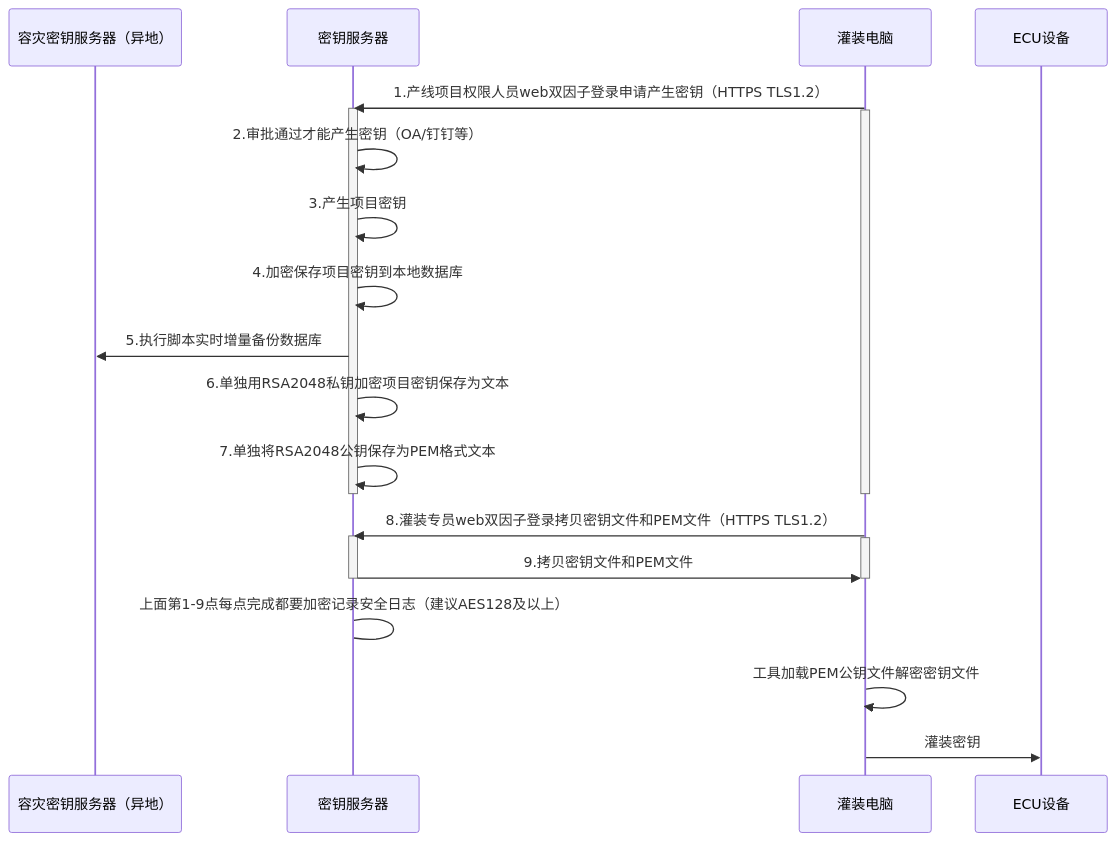
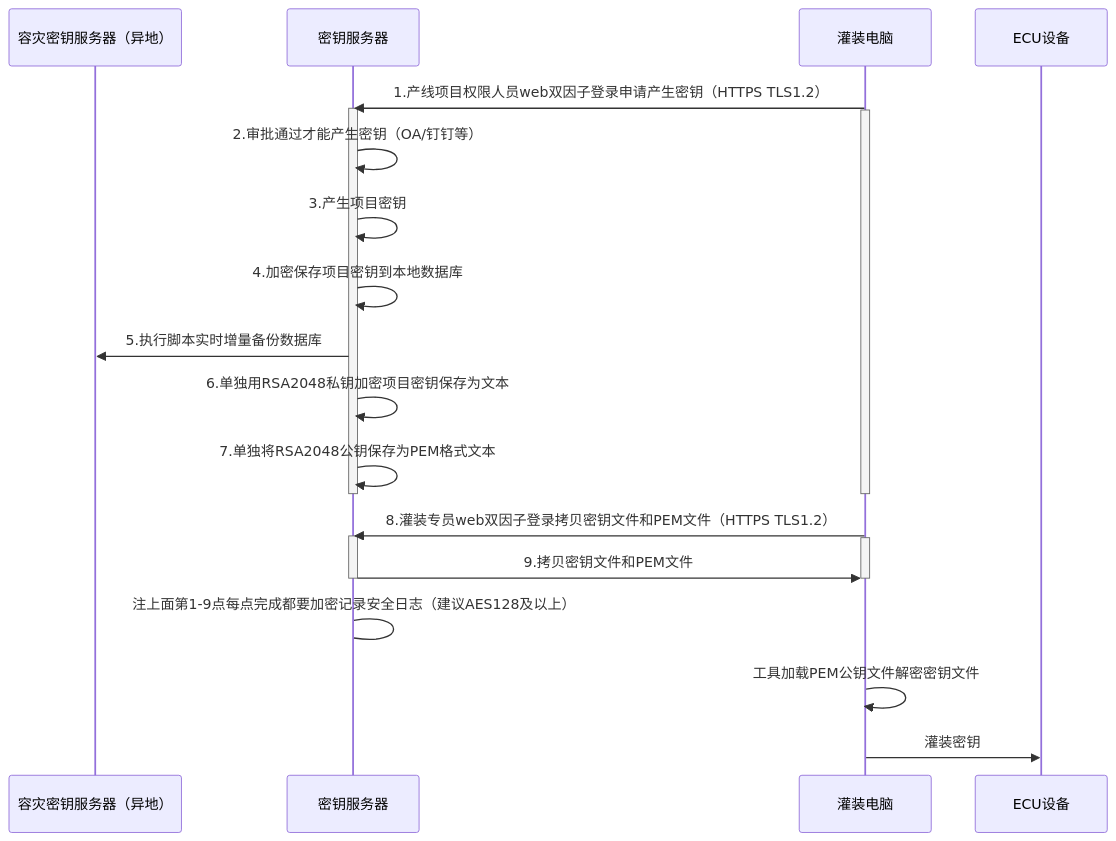
One commit to facebook-cloud/iodraw-files changed the diagram in all/未命名-15.md. Above: the diagram before and after it, drawn with Mermaid.

Commit message:
2026-02-12 13:55:32 update

````diff
--- a/all/未命名-15.md
+++ b/all/未命名-15.md
@@ -1,33 +1,33 @@
 ```mermaid
 sequenceDiagram
     participant A as 容灾密钥服务器（异地）
     participant B as 密钥服务器
     participant D as 灌装电脑
     participant E as ECU设备
 
     
     D->>B: 1.产线项目权限人员web双因子登录申请产生密钥（HTTPS TLS1.2）
     activate B
     activate D
     B->>B: 2.审批通过才能产生密钥（OA/钉钉等）
     B->>B: 3.产生项目密钥
     B->>B: 4.加密保存项目密钥到本地数据库
     B->>A: 5.执行脚本实时增量备份数据库
     B->>B: 6.单独用RSA2048私钥加密项目密钥保存为文本
     B->>B: 7.单独将RSA2048公钥保存为PEM格式文本
     deactivate B
     deactivate D
 
     
     D->>B: 8.灌装专员web双因子登录拷贝密钥文件和PEM文件（HTTPS TLS1.2）
     activate B
     activate D
     B->>D: 9.拷贝密钥文件和PEM文件
     deactivate B
     deactivate D
-    B->B: 上面第1-9点每点完成都要加密记录安全日志（建议AES128及以上）
+    B->B: 注上面第1-9点每点完成都要加密记录安全日志（建议AES128及以上）
 
     D->>D:工具加载PEM公钥文件解密密钥文件
     
     D->>E: 灌装密钥
 ```
````
